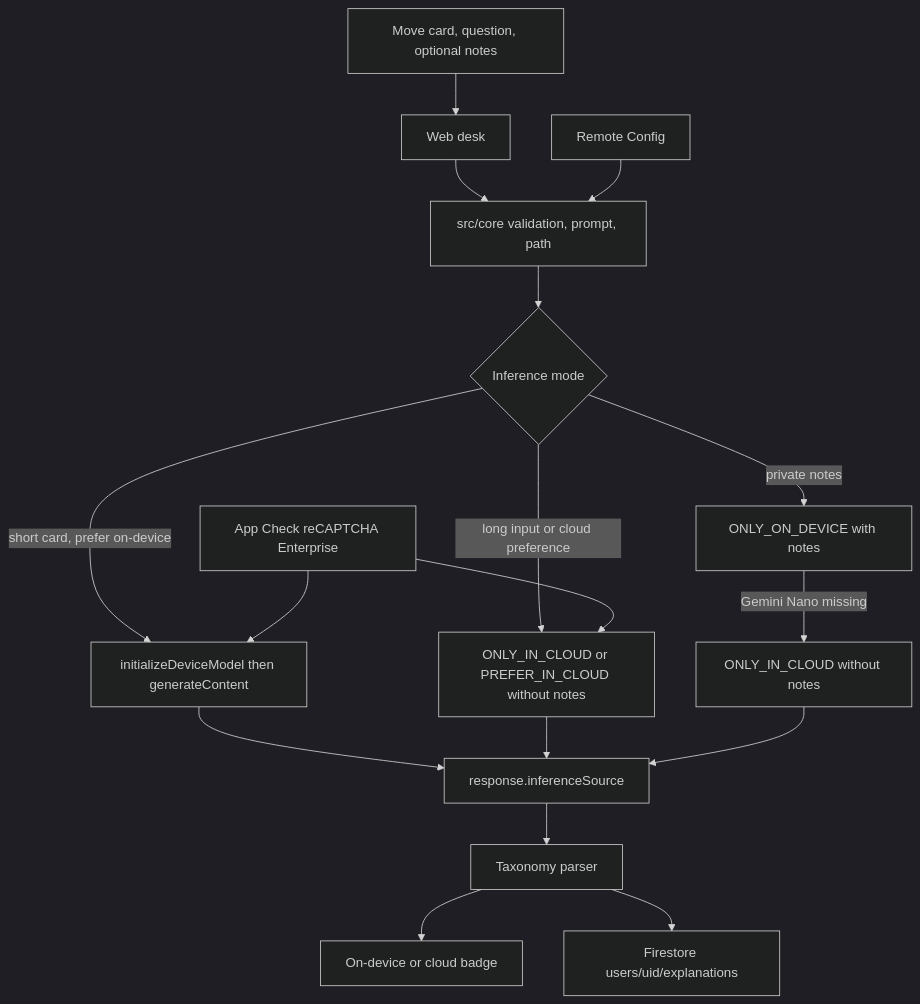
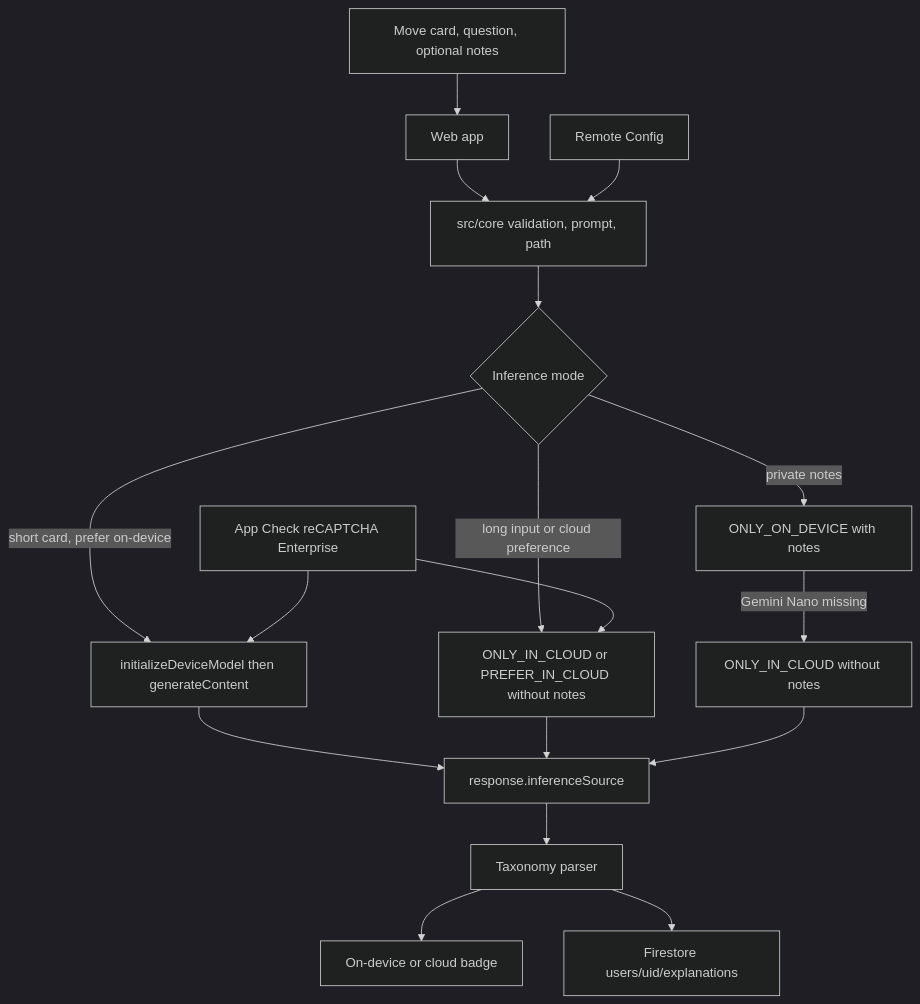
Before and after one commit to MISHHF93/atlas-explain: the diagram in README.md, drawn with Mermaid (dark theme). The commit also changed other lines of this file and 16 other files, not shown here.

````diff
--- a/README.md
+++ b/README.md
@@ -63,19 +63,19 @@
 ```mermaid
 flowchart TD
-  user[Move card, question, optional notes] --> desk[Web desk]
-  desk --> core[src/core validation, prompt, path]
+  user[Move card, question, optional notes] --> app[Web app]
+  app --> core[src/core validation, prompt, path]
   core --> mode{Inference mode}
   mode -->|short card, prefer on-device| device[initializeDeviceModel then generateContent]
   mode -->|private notes| deviceOnly[ONLY_ON_DEVICE with notes]
   deviceOnly -->|Gemini Nano missing| cloudRetry[ONLY_IN_CLOUD without notes]
   mode -->|long input or cloud preference| cloud[ONLY_IN_CLOUD or PREFER_IN_CLOUD without notes]
   device --> source[response.inferenceSource]
   cloud --> source
   cloudRetry --> source
   source --> parse[Taxonomy parser]
   parse --> ui[On-device or cloud badge]
   parse --> store[Firestore users/uid/explanations]
   rc[Remote Config] --> core
   check[App Check reCAPTCHA Enterprise] --> device
   check --> cloud
 ```
````
